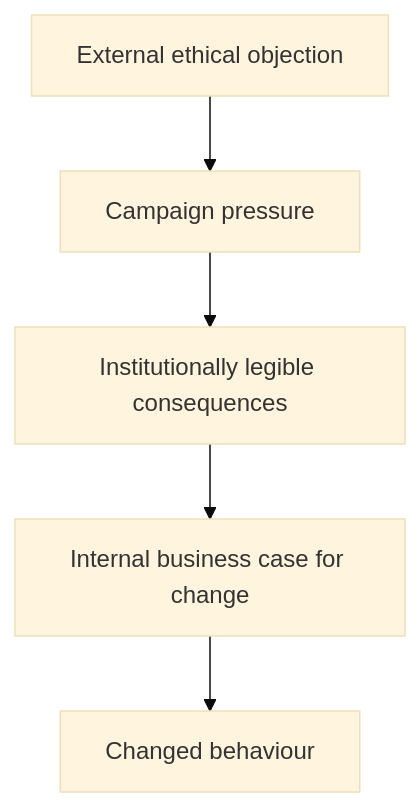
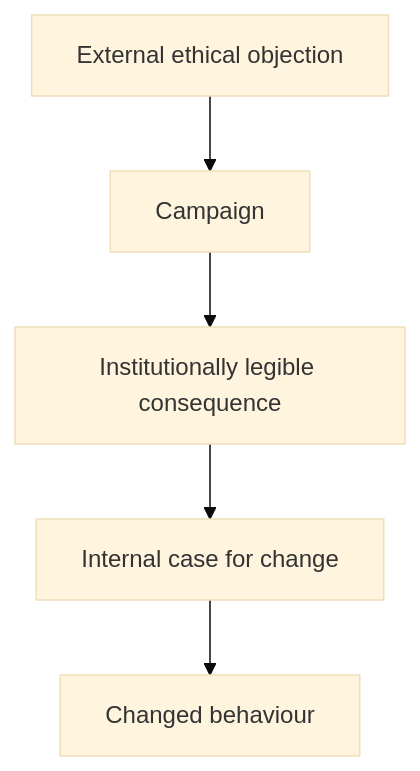
One commit to josefsbreakfast/Polaris-Protocol changed diagram 12 of 14 in 🌓_3_In_The_Moment/📲_Press_Matters/🇵🇸_Palestine_Factchecking/🌍_Global_Powers/💸_incentivising_behavioural_change_and_bds.md. Above: the diagram before and after it, drawn with Mermaid (base theme). The commit also changed other lines of this file, not shown here.

````diff
--- a/🌓_3_In_The_Moment/📲_Press_Matters/🇵🇸_Palestine_Factchecking/🌍_Global_Powers/💸_incentivising_behavioural_change_and_bds.md
+++ b/🌓_3_In_The_Moment/📲_Press_Matters/🇵🇸_Palestine_Factchecking/🌍_Global_Powers/💸_incentivising_behavioural_change_and_bds.md
@@ -729,8 +487,8 @@
 ```mermaid
 flowchart TD
     A[External ethical objection]
-    --> B[Campaign pressure]
-    --> C[Institutionally legible consequences]
-    --> D[Internal business case for change]
+    --> B[Campaign]
+    --> C[Institutionally legible consequence]
+    --> D[Internal case for change]
     --> E[Changed behaviour]
 ```
````
